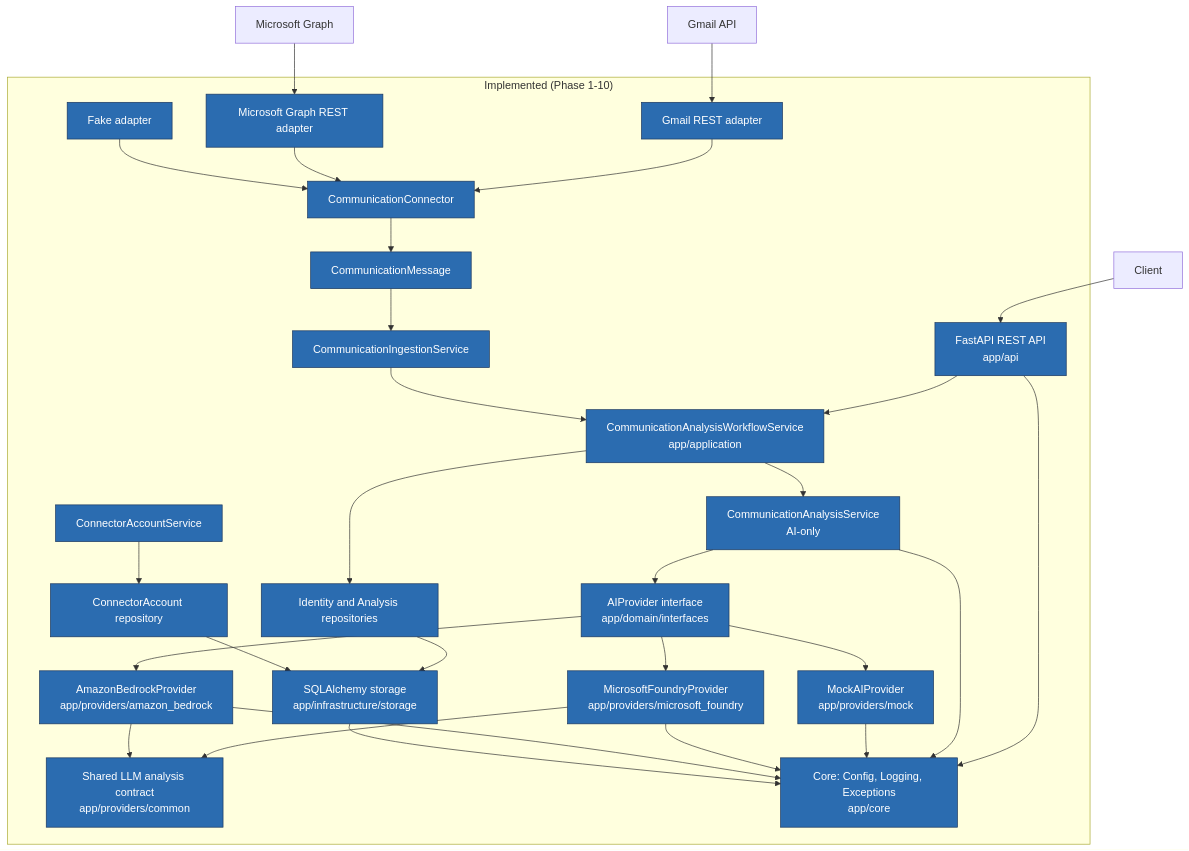
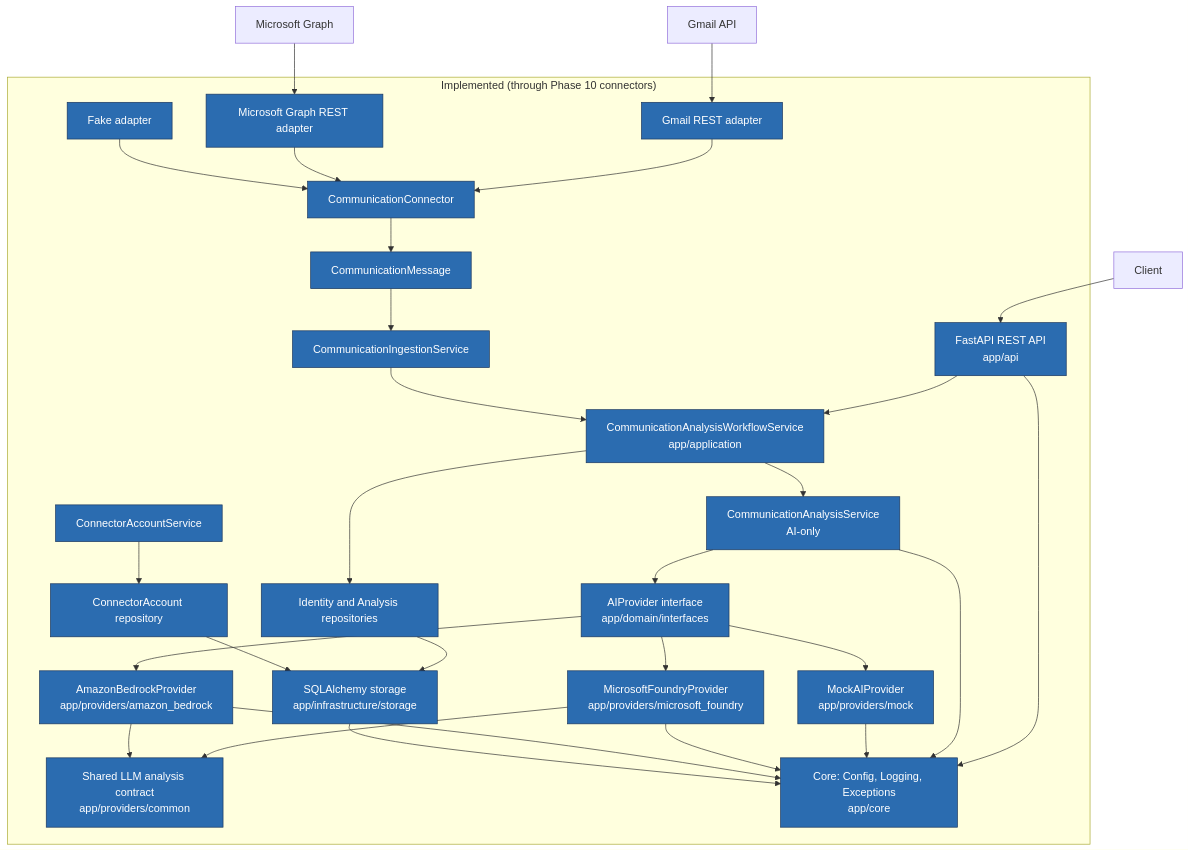
The diagram in docs/diagrams/architecture.mmd (Susanta2025-lab/enterprise-communication-intelligence), drawn with Mermaid before and after one commit. The commit also changed 14 other files, not shown here.

```diff
--- a/docs/diagrams/architecture.mmd
+++ b/docs/diagrams/architecture.mmd
@@ -1,58 +1,58 @@
 graph TB
     Client[Client]
     GmailAPI[Gmail API]
     GraphAPI[Microsoft Graph]
 
-    subgraph Implemented["Implemented (Phase 1-10)"]
+    subgraph Implemented["Implemented (through Phase 10 connectors)"]
         API["FastAPI REST API<br/>app/api"]
         Connector["CommunicationConnector"]
         GmailC["Gmail REST adapter"]
         GraphC["Microsoft Graph REST adapter"]
         FakeC["Fake adapter"]
         Message["CommunicationMessage"]
         Ingestion["CommunicationIngestionService"]
         AccountSvc["ConnectorAccountService"]
         Workflow["CommunicationAnalysisWorkflowService<br/>app/application"]
         App["CommunicationAnalysisService<br/>AI-only"]
         Iface["AIProvider interface<br/>app/domain/interfaces"]
         Mock["MockAIProvider<br/>app/providers/mock"]
         Foundry["MicrosoftFoundryProvider<br/>app/providers/microsoft_foundry"]
         Bedrock["AmazonBedrockProvider<br/>app/providers/amazon_bedrock"]
         Common["Shared LLM analysis contract<br/>app/providers/common"]
         Repos["Identity and Analysis repositories"]
         AccountRepos["ConnectorAccount repository"]
         Storage["SQLAlchemy storage<br/>app/infrastructure/storage"]
         Core["Core: Config, Logging, Exceptions<br/>app/core"]
     end
 
     Client --> API
     API --> Workflow
     GmailAPI --> GmailC
     GraphAPI --> GraphC
     GmailC --> Connector
     GraphC --> Connector
     FakeC --> Connector
     Connector --> Message
     Message --> Ingestion
     Ingestion --> Workflow
     AccountSvc --> AccountRepos
     Workflow --> App
     App --> Iface
     Iface --> Mock
     Iface --> Foundry
     Iface --> Bedrock
     Foundry --> Common
     Bedrock --> Common
     Workflow --> Repos
     Repos --> Storage
     AccountRepos --> Storage
     API --> Core
     App --> Core
     Mock --> Core
     Foundry --> Core
     Bedrock --> Core
     Storage --> Core
 
     classDef implemented fill:#2b6cb0,color:#fff,stroke:#1a365d,stroke-width:1px
 
     class API,Connector,GmailC,GraphC,FakeC,Message,Ingestion,AccountSvc,Workflow,App,Iface,Mock,Foundry,Bedrock,Common,Repos,AccountRepos,Storage,Core implemented
```
